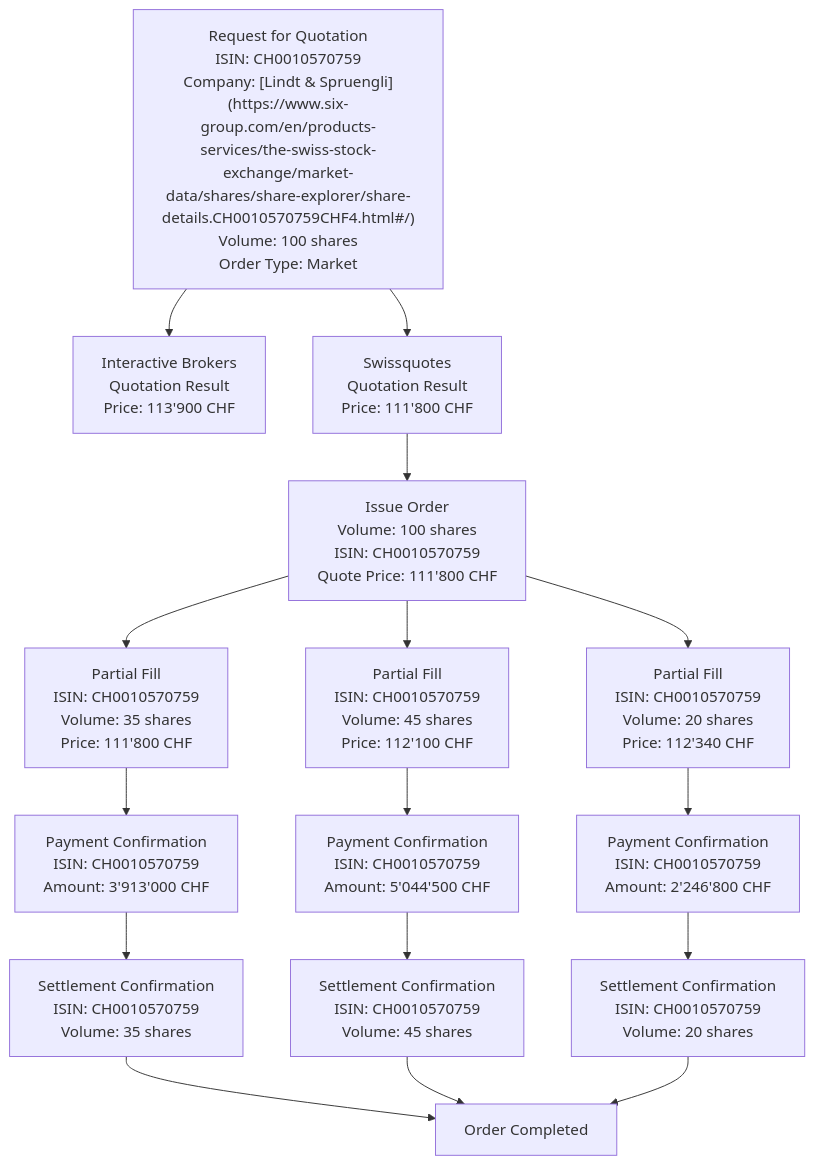
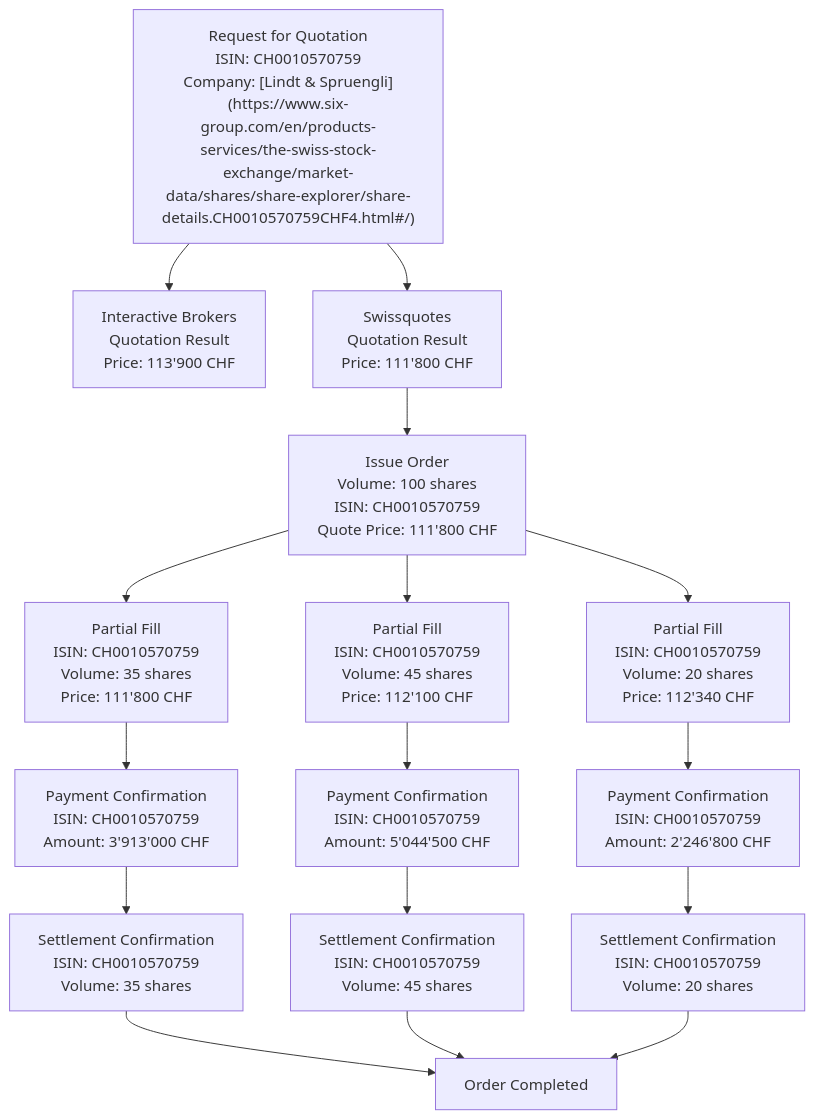
The diagram in SX-Demo-COID.md (Ferris-Labs/engineering-challenge), drawn with Mermaid before and after one commit.

Commit message:
Mermaid Update

````diff
--- a/SX-Demo-COID.md
+++ b/SX-Demo-COID.md
@@ -17,19 +17,18 @@
 ```mermaid
 graph TB
-    A["Request for Quotation<br/>ISIN: CH0010570759<br/>Company: [Lindt & Spruengli](https://www.six-group.com/en/products-services/the-swiss-stock-exchange/market-data/shares/share-explorer/share-details.CH0010570759CHF4.html#/)<br/>Volume: 100 shares<br/>Order Type: Market"] --> D["Interactive Brokers<br/>Quotation Result<br/>Price: 113'900 CHF"]
+    A["Request for Quotation<br/>ISIN: CH0010570759<br/>Company: [Lindt & Spruengli](https://www.six-group.com/en/products-services/the-swiss-stock-exchange/market-data/shares/share-explorer/share-details.CH0010570759CHF4.html#/)"] --> D["Interactive Brokers<br/>Quotation Result<br/>Price: 113'900 CHF"]
     A --> E["Swissquotes<br/>Quotation Result<br/>Price: 111'800 CHF"]
     E --> G["Issue Order<br/>Volume: 100 shares<br/>ISIN: CH0010570759<br/>Quote Price: 111'800 CHF"]
     G --> H["Partial Fill<br/>ISIN: CH0010570759<br/>Volume: 35 shares<br/>Price: 111'800 CHF"]
     G --> I["Partial Fill<br/>ISIN: CH0010570759<br/>Volume: 45 shares<br/>Price: 112'100 CHF"]
     G --> J["Partial Fill<br/>ISIN: CH0010570759<br/>Volume: 20 shares<br/>Price: 112'340 CHF"]
     H --> K["Payment Confirmation<br/>ISIN: CH0010570759<br/>Amount: 3'913'000 CHF"]
     I --> L["Payment Confirmation<br/>ISIN: CH0010570759<br/>Amount: 5'044'500 CHF"]
     J --> M["Payment Confirmation<br/>ISIN: CH0010570759<br/>Amount: 2'246'800 CHF"]
     K --> N["Settlement Confirmation<br/>ISIN: CH0010570759<br/>Volume: 35 shares"]
     L --> O["Settlement Confirmation<br/>ISIN: CH0010570759<br/>Volume: 45 shares"]
     M --> P["Settlement Confirmation<br/>ISIN: CH0010570759<br/>Volume: 20 shares"]
     N --> Q["Order Completed"]
     O --> Q
     P --> Q
-    
 ```
````
